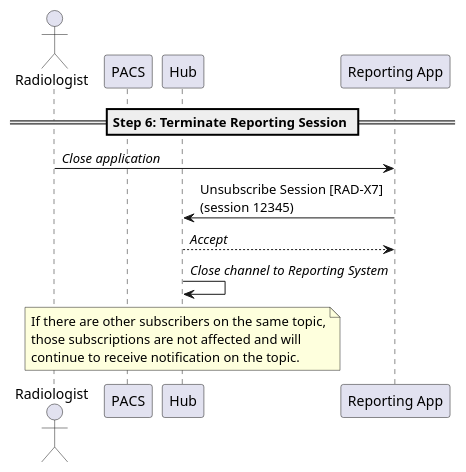
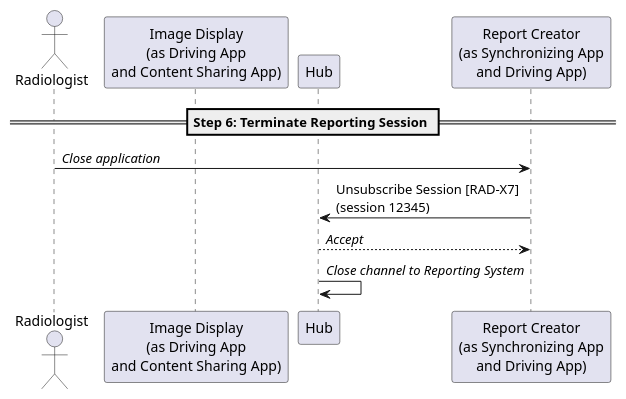
The diagram in input/images-source/step6-terminate-reporting-session.plantuml (IHE/RAD.IRA), drawn with PlantUML before and after one commit. The commit also changed 9 other files, not shown here.

Commit message:
Updated actor to be Image Display and Report Creator. Also indicates what type of application they are grouped to.

```diff
--- a/input/images-source/step6-terminate-reporting-session.plantuml
+++ b/input/images-source/step6-terminate-reporting-session.plantuml
@@ -1,21 +1,16 @@
 @startuml
 
 actor Radiologist as User
-participant "PACS" as PACS
+participant "Image Display\n(as Driving App\nand Content Sharing App)" as PACS
 participant "Hub" as Hub
-participant "Reporting App" as Report
+participant "Report Creator\n(as Synchronizing App\nand Driving App)" as Report
 
 == Step 6: Terminate Reporting Session ==
 
 User->Report: //Close application//
 
 Report->Hub: Unsubscribe Session [RAD-X7]\n(session 12345)
 Hub-->Report: //Accept//
 Hub->Hub: //Close channel to Reporting System//
-note over Hub
-If there are other subscribers on the same topic,
-those subscriptions are not affected and will
-continue to receive notification on the topic.
-end note
 
 @enduml
```
